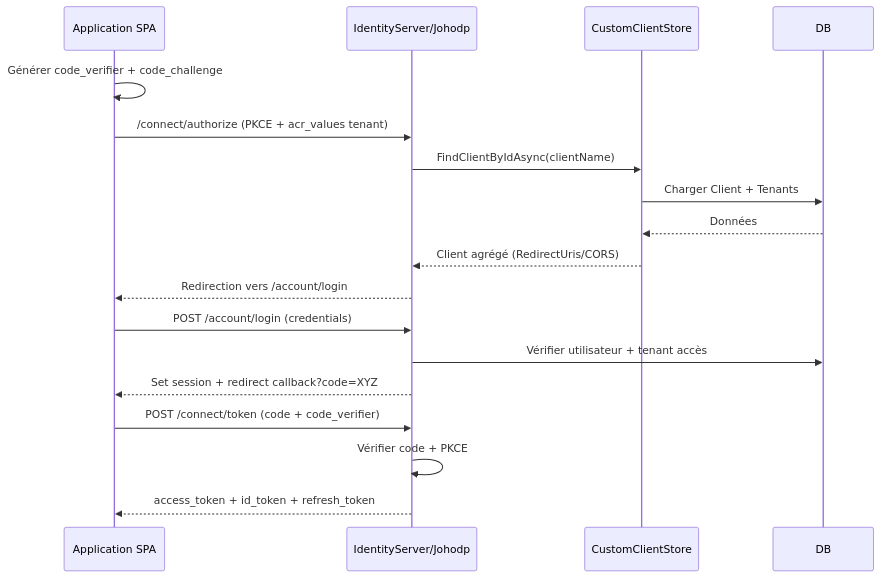
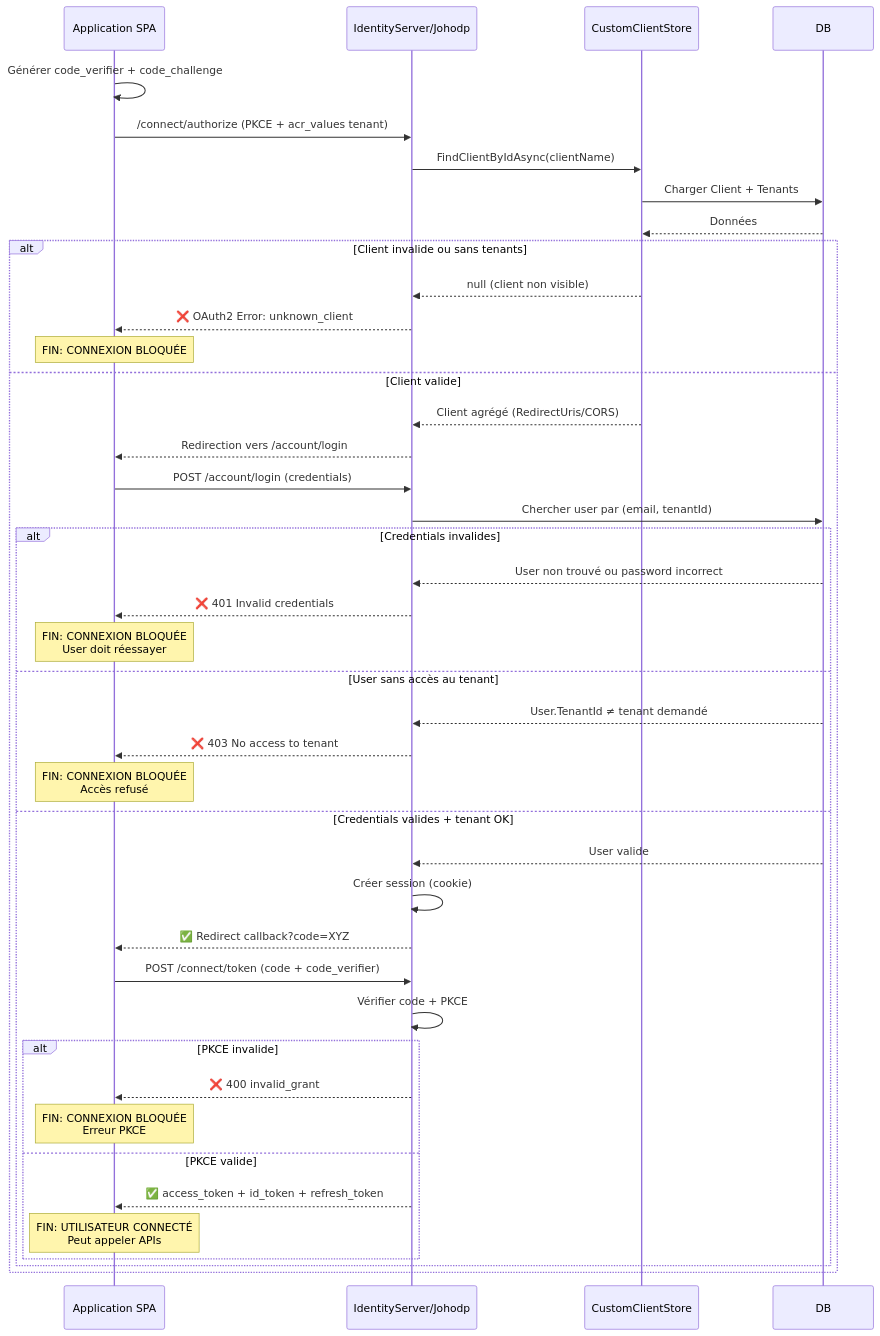
One commit to FantasticJoho/johodp changed diagram 19 of 27 in USE_CASES.md. Above: the diagram before and after it, drawn with Mermaid. The commit also changed other lines of this file, not shown here.

Commit message:
feat: Add flowcharts for password reset and tenant management use cases

````diff
--- a/USE_CASES.md
+++ b/USE_CASES.md
@@ -1570,20 +1941,48 @@
 ```mermaid
 sequenceDiagram
    participant SPA as Application SPA
    participant IdP as IdentityServer/Johodp
    participant CS as CustomClientStore
    participant DB as DB
+   
    SPA->>SPA: Générer code_verifier + code_challenge
    SPA->>IdP: /connect/authorize (PKCE + acr_values tenant)
    IdP->>CS: FindClientByIdAsync(clientName)
    CS->>DB: Charger Client + Tenants
    DB-->>CS: Données
-   CS-->>IdP: Client agrégé (RedirectUris/CORS)
-   IdP-->>SPA: Redirection vers /account/login
-   SPA->>IdP: POST /account/login (credentials)
-   IdP->>DB: Vérifier utilisateur + tenant accès
-   IdP-->>SPA: Set session + redirect callback?code=XYZ
-   SPA->>IdP: POST /connect/token (code + code_verifier)
-   IdP->>IdP: Vérifier code + PKCE
-   IdP-->>SPA: access_token + id_token + refresh_token
+   
+   alt Client invalide ou sans tenants
+      CS-->>IdP: null (client non visible)
+      IdP-->>SPA: ❌ OAuth2 Error: unknown_client
+      Note over SPA: FIN: CONNEXION BLOQUÉE
+   else Client valide
+      CS-->>IdP: Client agrégé (RedirectUris/CORS)
+      IdP-->>SPA: Redirection vers /account/login
+      SPA->>IdP: POST /account/login (credentials)
+      IdP->>DB: Chercher user par (email, tenantId)
+      
+      alt Credentials invalides
+         DB-->>IdP: User non trouvé ou password incorrect
+         IdP-->>SPA: ❌ 401 Invalid credentials
+         Note over SPA: FIN: CONNEXION BLOQUÉE<br/>User doit réessayer
+      else User sans accès au tenant
+         DB-->>IdP: User.TenantId ≠ tenant demandé
+         IdP-->>SPA: ❌ 403 No access to tenant
+         Note over SPA: FIN: CONNEXION BLOQUÉE<br/>Accès refusé
+      else Credentials valides + tenant OK
+         DB-->>IdP: User valide
+         IdP->>IdP: Créer session (cookie)
+         IdP-->>SPA: ✅ Redirect callback?code=XYZ
+         SPA->>IdP: POST /connect/token (code + code_verifier)
+         IdP->>IdP: Vérifier code + PKCE
+         
+         alt PKCE invalide
+            IdP-->>SPA: ❌ 400 invalid_grant
+            Note over SPA: FIN: CONNEXION BLOQUÉE<br/>Erreur PKCE
+         else PKCE valide
+            IdP-->>SPA: ✅ access_token + id_token + refresh_token
+            Note over SPA: FIN: UTILISATEUR CONNECTÉ<br/>Peut appeler APIs
+         end
+      end
+   end
 ```
````
